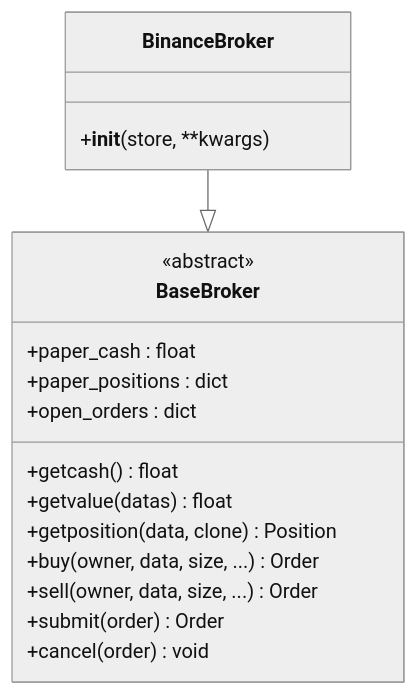
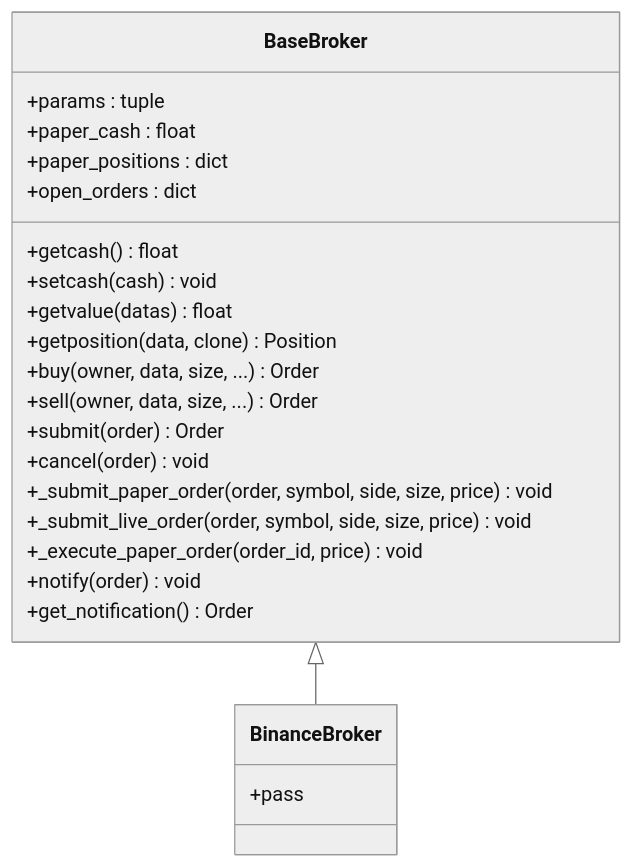
One commit to bench-prog/backtrader changed the sixth of 12 diagrams in .qoder/repowiki/zh/content/实盘交易模块/实盘交易模块.md. Above: the diagram before and after it, drawn with Mermaid (neutral theme). The commit also changed other lines of this file and 40 other files, not shown here.

````diff
--- a/.qoder/repowiki/zh/content/实盘交易模块/实盘交易模块.md
+++ b/.qoder/repowiki/zh/content/实盘交易模块/实盘交易模块.md
@@ -280,20 +326,26 @@
 ```mermaid
 classDiagram
-class BinanceBroker {
-+__init__(store, **kwargs)
-}
 class BaseBroker {
-<<abstract>>
++params : tuple
 +paper_cash : float
 +paper_positions : dict
 +open_orders : dict
 +getcash() float
++setcash(cash) void
 +getvalue(datas) float
 +getposition(data, clone) Position
 +buy(owner, data, size, ...) Order
 +sell(owner, data, size, ...) Order
 +submit(order) Order
 +cancel(order) void
++_submit_paper_order(order, symbol, side, size, price) void
++_submit_live_order(order, symbol, side, size, price) void
++_execute_paper_order(order_id, price) void
++notify(order) void
++get_notification() Order
 }
-BinanceBroker --|> BaseBroker
+class BinanceBroker {
++pass
+}
+BaseBroker <|-- BinanceBroker
 ```
````
